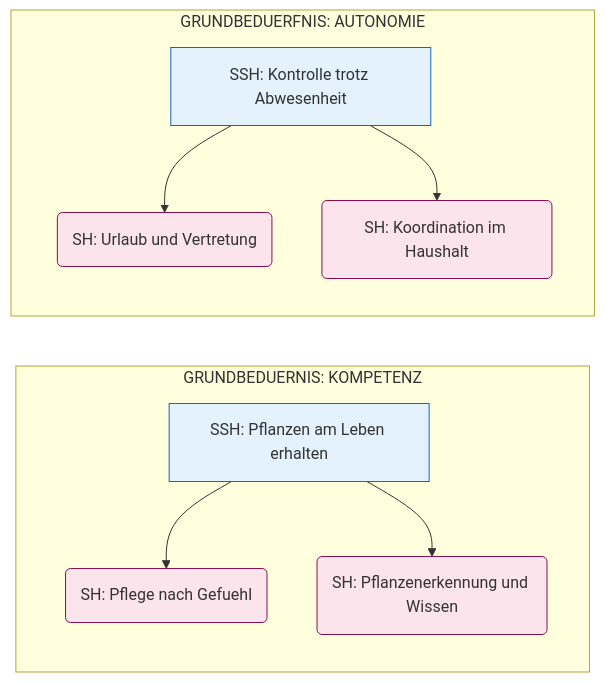
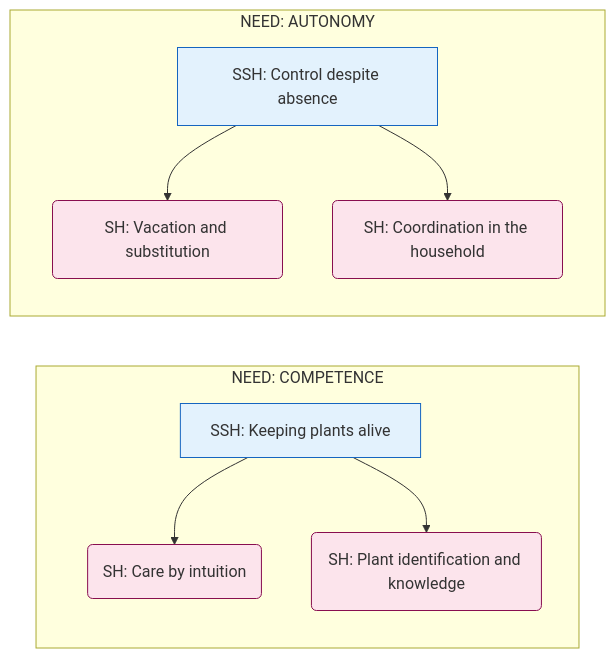
Before and after one commit to stefan-spittank/ai-supported-ux: the diagram in .claude/agents/affinity-mapping.md, drawn with Mermaid. The commit also changed other lines of this file and 2 other files, not shown here.

````diff
--- a/.claude/agents/affinity-mapping.md
+++ b/.claude/agents/affinity-mapping.md
@@ -89,19 +89,19 @@
 ```mermaid
 graph LR
-    subgraph G1 [GRUNDBEDUERNIS: KOMPETENZ]
-        SSH1[SSH: Pflanzen am Leben erhalten] --> SH1_1(SH: Pflege nach Gefuehl)
-        SSH1 --> SH1_2(SH: Pflanzenerkennung und Wissen)
+    subgraph G1 [NEED: COMPETENCE]
+        SSH1[SSH: Keeping plants alive] --> SH1_1(SH: Care by intuition)
+        SSH1 --> SH1_2(SH: Plant identification and knowledge)
     end
 
-    subgraph G2 [GRUNDBEDUERFNIS: AUTONOMIE]
-        SSH2[SSH: Kontrolle trotz Abwesenheit] --> SH2_1(SH: Urlaub und Vertretung)
-        SSH2 --> SH2_2(SH: Koordination im Haushalt)
+    subgraph G2 [NEED: AUTONOMY]
+        SSH2[SSH: Control despite absence] --> SH2_1(SH: Vacation and substitution)
+        SSH2 --> SH2_2(SH: Coordination in the household)
     end
 
     style SSH1 fill:#e3f2fd,stroke:#1565c0
     style SSH2 fill:#e3f2fd,stroke:#1565c0
     style SH1_1 fill:#fce4ec,stroke:#880e4f
     style SH1_2 fill:#fce4ec,stroke:#880e4f
     style SH2_1 fill:#fce4ec,stroke:#880e4f
     style SH2_2 fill:#fce4ec,stroke:#880e4f
 ```
````
